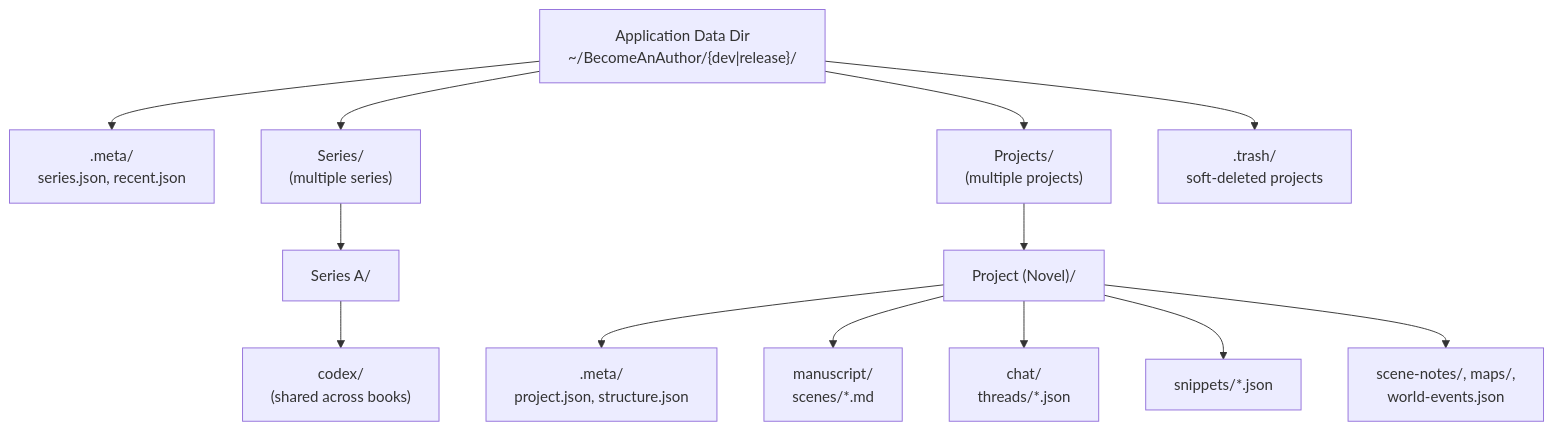
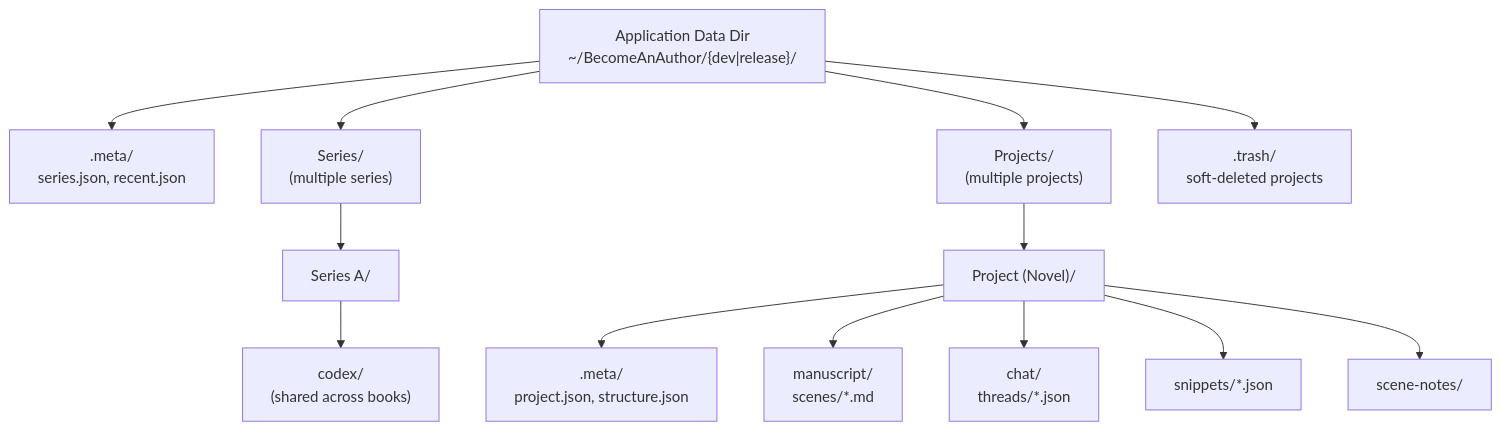
One commit to Sai-Roopesh/becomeAnAuthor changed the fifth of 6 diagrams in docs/hld.md. Above: the diagram before and after it, drawn with Mermaid. The commit also changed other lines of this file and 2 other files, not shown here.

First line of the commit message:
docs: remove references to deleted map and world timeline features

````diff
--- a/docs/hld.md
+++ b/docs/hld.md
@@ -516,26 +514,26 @@
 ```mermaid
 graph TD
     App["Application Data Dir<br/>~/BecomeAnAuthor/{dev|release}/"]
     Meta[".meta/<br/>series.json, recent.json"]
     Series["Series/<br/>(multiple series)"]
     S1["Series A/"]
     S1Codex["codex/<br/>(shared across books)"]
     Projects["Projects/<br/>(multiple projects)"]
     P1["Project (Novel)/"]
     P1Meta[".meta/<br/>project.json, structure.json"]
     P1Scenes["manuscript/<br/>scenes/*.md"]
     P1Chat["chat/<br/>threads/*.json"]
     P1Snippets["snippets/*.json"]
-    P1Other["scene-notes/, maps/,<br/>world-events.json"]
+    P1Other["scene-notes/"]
     Trash[".trash/<br/>soft-deleted projects"]
 
     App --> Meta
     App --> Series --> S1 --> S1Codex
     App --> Projects --> P1
     P1 --> P1Meta
     P1 --> P1Scenes
     P1 --> P1Chat
     P1 --> P1Snippets
     P1 --> P1Other
     App --> Trash
 ```
````
